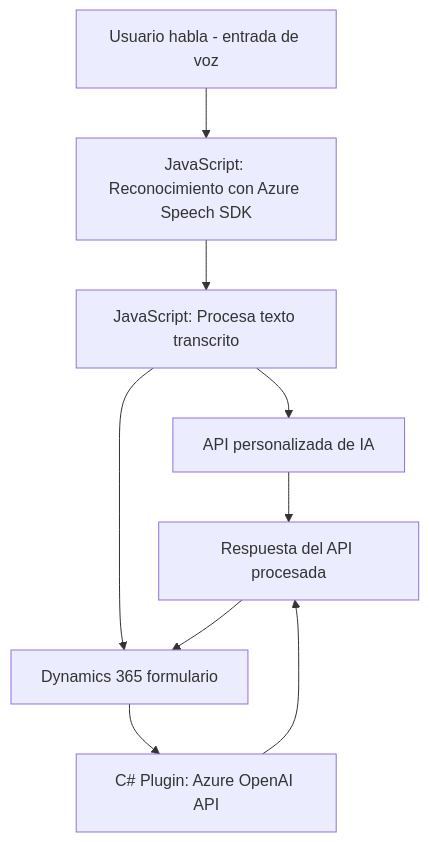
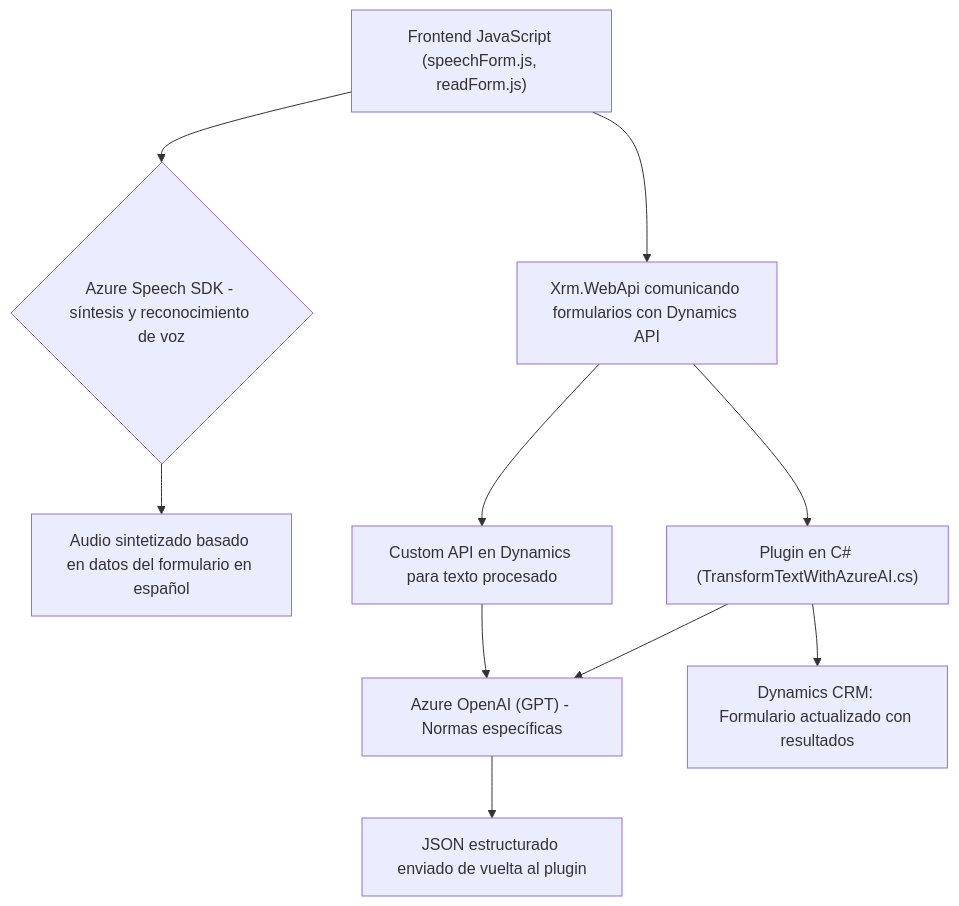
One commit to blopezdm/NETCORE_BILBAO2025 changed the diagram in README.md. Above: the diagram before and after it, drawn with Mermaid. The commit also changed other lines of this file, not shown here.

Commit message:
Actualizar análisis global de la solución con IA

````diff
--- a/README.md
+++ b/README.md
@@ -55,19 +36,12 @@
 ```mermaid
 graph TD
-    A["Usuario habla - entrada de voz"]
-    B["JavaScript: Reconocimiento con Azure Speech SDK"]
-    C["JavaScript: Procesa texto transcrito"]
-    D["API personalizada de IA"]
-    E["Dynamics 365 formulario"]
-    F["C# Plugin: Azure OpenAI API"]
-    G["Respuesta del API procesada"]
-
-    A --> B
-    B --> C
-    C --> D
-    D --> G
-    C --> E
-    G --> E
-    E --> F
-    F --> G
+    A["Frontend JavaScript (speechForm.js, readForm.js)"] --> B{"Azure Speech SDK - síntesis y reconocimiento de voz"}
+    A --> C["Xrm.WebApi comunicando formularios con Dynamics API"]
+    B --> D["Audio sintetizado basado en datos del formulario en español"]
+    C --> E["Custom API en Dynamics para texto procesado"]
+    E --> F["Azure OpenAI (GPT) - Normas específicas"]
+    F --> G["JSON estructurado enviado de vuelta al plugin"]
+    H["Plugin en C# (TransformTextWithAzureAI.cs)"] --> F
+    C --> H
+    H --> I["Dynamics CRM: Formulario actualizado con resultados"]
 ```
````
